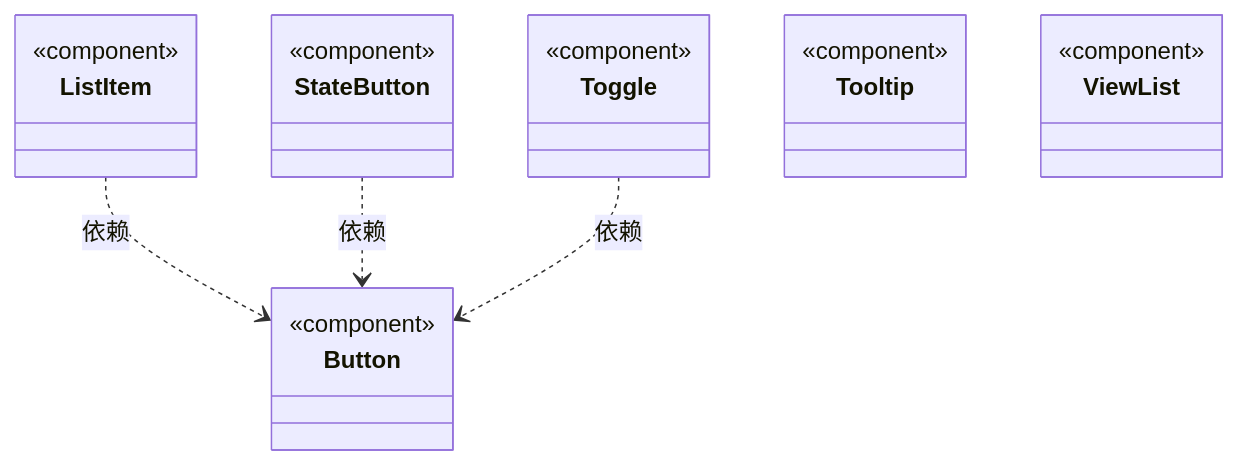
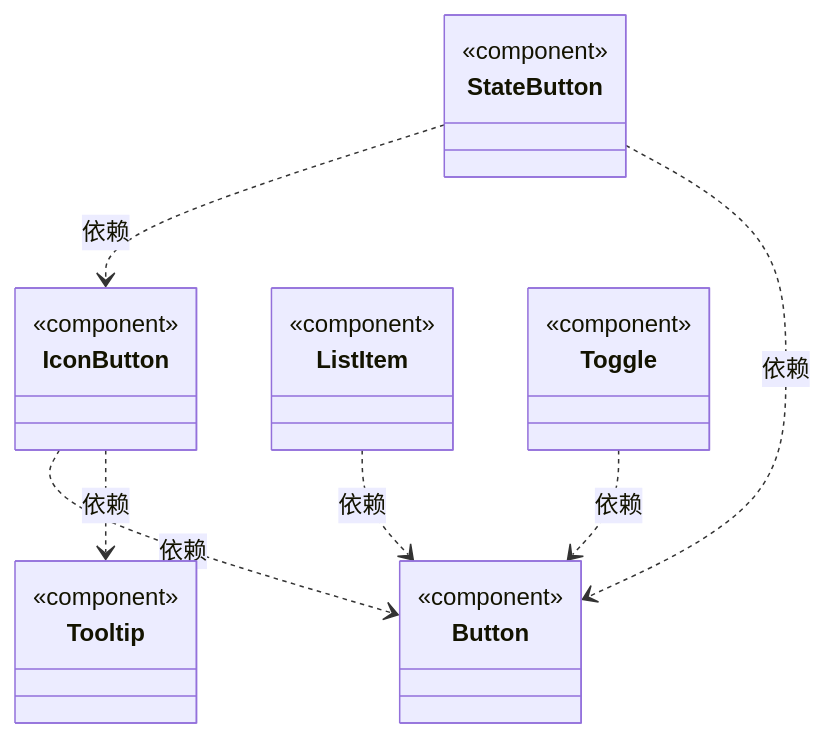
One commit to nan023062/cbim changed the first of 2 diagrams in src/framework-ui/widgets/ARCHITECTURE.md. Above: the diagram before and after it, drawn with Mermaid. The commit also changed other lines of this file and 43 other files, not shown here.

````diff
--- a/src/framework-ui/widgets/ARCHITECTURE.md
+++ b/src/framework-ui/widgets/ARCHITECTURE.md
@@ -27,30 +28,33 @@
 ```mermaid
 classDiagram
 class N_72401930af6e["Button"] {
   <<component>>
 }
 click N_72401930af6e href "Button.tsx"
+class N_f3253f5d5aee["IconButton"] {
+  <<component>>
+}
+click N_f3253f5d5aee href "IconButton.tsx"
 class N_95f561daa8f0["ListItem"] {
   <<component>>
 }
 click N_95f561daa8f0 href "ListItem.tsx"
 class N_dbf558f355d5["StateButton"] {
   <<component>>
 }
 click N_dbf558f355d5 href "StateButton.tsx"
 class N_cfbbe42d9877["Toggle"] {
   <<component>>
 }
 click N_cfbbe42d9877 href "Toggle.tsx"
 class N_d271d8227088["Tooltip"] {
   <<component>>
 }
 click N_d271d8227088 href "Tooltip.tsx"
-class N_d2f30baea027["ViewList"] {
-  <<component>>
-}
-click N_d2f30baea027 href "ViewList.tsx"
+N_f3253f5d5aee ..> N_72401930af6e : 依赖
+N_f3253f5d5aee ..> N_d271d8227088 : 依赖
 N_95f561daa8f0 ..> N_72401930af6e : 依赖
+N_dbf558f355d5 ..> N_f3253f5d5aee : 依赖
 N_dbf558f355d5 ..> N_72401930af6e : 依赖
 N_cfbbe42d9877 ..> N_72401930af6e : 依赖
 ```
````
